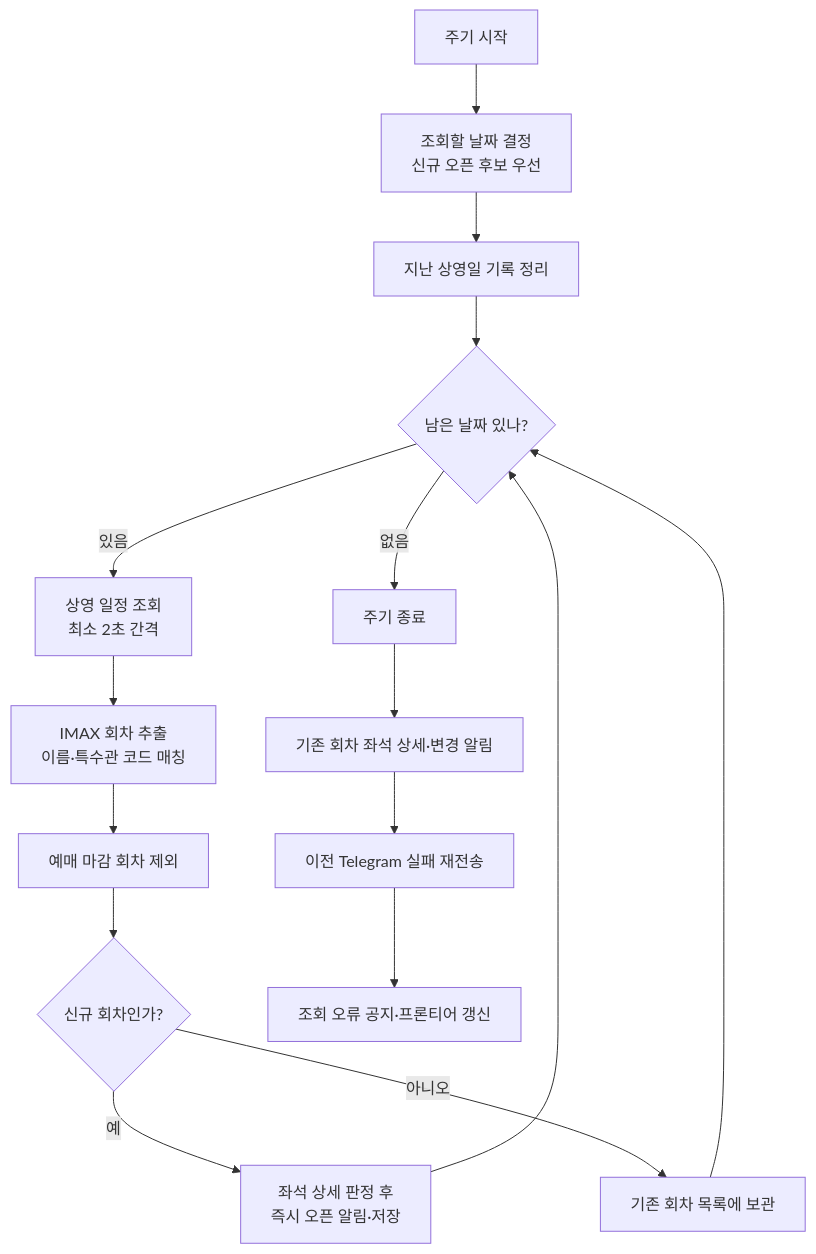
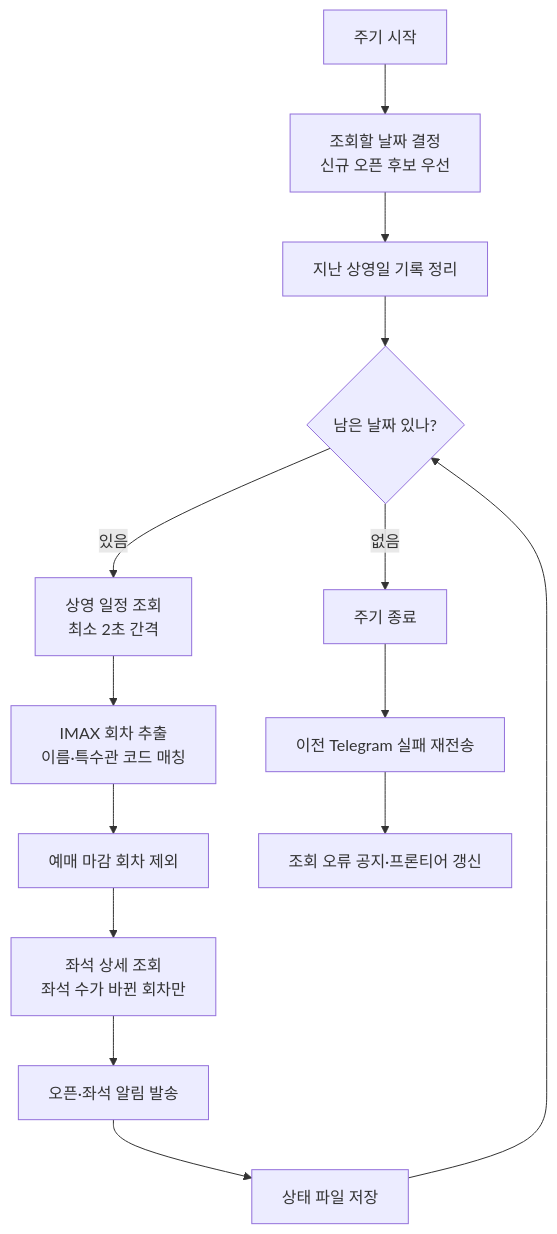
The first of 5 diagrams in docs/alert-flow.md (yuemyname/yongam-bot), drawn with Mermaid before and after one commit. The commit also changed other lines of this file and 2 other files, not shown here.

Commit message:
Send each date's alerts before requesting the next date
Seat detail for already-announced showings was queued until the whole
window had been swept, so today's cancellation ticket was read at 6s
into a cycle and sent at 34s. A cancellation ticket is worth very little
28 seconds later.

Each date now closes out where it is read: schedule, seat detail, alert,
save. Measured on a 28-day window with booking open 13 days ahead, the
gap between reading a seat count and sending it is 2.0s for today and
2.0s for the last open date, against 28s and 2s before.

Discovering a new opening keeps its priority: the probe dates past the
frontier are still requested first and finish in the opening seconds of
the cycle, before any seat detail runs. Moving seat detail inline
therefore delays only the sweep of dates already known to be open, not
the discovery of new ones — a test now pins that ordering.

````diff
--- a/docs/alert-flow.md
+++ b/docs/alert-flow.md
@@ -11,18 +11,16 @@
 ```mermaid
 flowchart TD
     A[주기 시작] --> B[조회할 날짜 결정<br/>신규 오픈 후보 우선]
     B --> C[지난 상영일 기록 정리]
     C --> D{남은 날짜 있나?}
     D -->|없음| Z[주기 종료]
     D -->|있음| E[상영 일정 조회<br/>최소 2초 간격]
     E --> F[IMAX 회차 추출<br/>이름·특수관 코드 매칭]
     F --> G[예매 마감 회차 제외]
-    G --> H{신규 회차인가?}
-    H -->|예| I[좌석 상세 판정 후<br/>즉시 오픈 알림·저장]
-    H -->|아니오| J[기존 회차 목록에 보관]
-    I --> D
+    G --> H[좌석 상세 조회<br/>좌석 수가 바뀐 회차만]
+    H --> I[오픈·좌석 알림 발송]
+    I --> J[상태 파일 저장]
     J --> D
-    Z --> K[기존 회차 좌석 상세·변경 알림]
-    K --> L[이전 Telegram 실패 재전송]
+    Z --> L[이전 Telegram 실패 재전송]
     L --> M[조회 오류 공지·프론티어 갱신]
 ```
````
